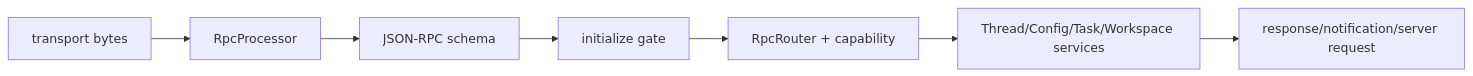
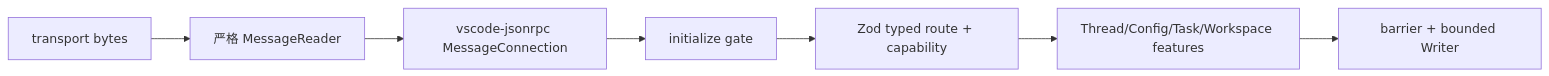
The diagram in docs/protocol/README.md (LunaY77/ello), drawn with Mermaid before and after one commit. The commit also changed other lines of this file and 489 other files, not shown here.

````diff
--- a/docs/protocol/README.md
+++ b/docs/protocol/README.md
@@ -5,9 +5,9 @@
 ```mermaid
 flowchart LR
-  Bytes[transport bytes] --> Proc[RpcProcessor]
-  Proc --> Envelope[JSON-RPC schema]
-  Envelope --> Init[initialize gate]
-  Init --> Router[RpcRouter + capability]
-  Router --> Services[Thread/Config/Task/Workspace services]
-  Services --> Out[response/notification/server request]
+  Bytes[transport bytes] --> Reader[严格 MessageReader]
+  Reader --> RPC[vscode-jsonrpc MessageConnection]
+  RPC --> Init[initialize gate]
+  Init --> Route[Zod typed route + capability]
+  Route --> Features[Thread/Config/Task/Workspace features]
+  Features --> Writer[barrier + bounded Writer]
 ```
````
